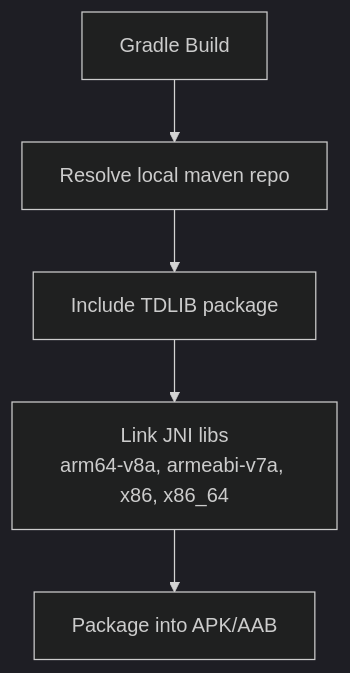
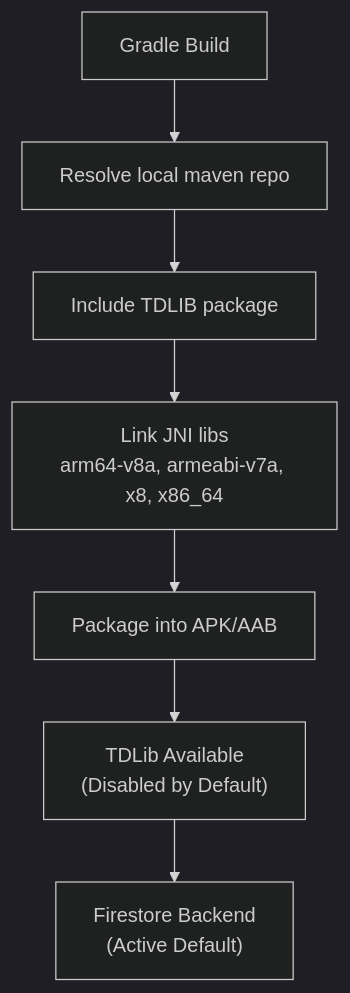
Before and after one commit to raihom-netizen/com.gestaoyahwehios.app: the fourth of 10 diagrams in .qoder/repowiki/en/content/Chat System/Telegram Integration (TDLIB).md, drawn with Mermaid (dark theme). The commit also changed other lines of this file and 161 other files, not shown here.

````diff
--- a/.qoder/repowiki/en/content/Chat System/Telegram Integration (TDLIB).md
+++ b/.qoder/repowiki/en/content/Chat System/Telegram Integration (TDLIB).md
@@ -289,7 +346,9 @@
 ```mermaid
 graph TB
 A["Gradle Build"] --> B["Resolve local maven repo"]
 B --> C["Include TDLIB package"]
-C --> D["Link JNI libs<br/>arm64-v8a, armeabi-v7a, x86, x86_64"]
+C --> D["Link JNI libs<br/>arm64-v8a, armeabi-v7a, x8, x86_64"]
 D --> E["Package into APK/AAB"]
+E --> F["TDLib Available<br/>(Disabled by Default)"]
+F --> G["Firestore Backend<br/>(Active Default)"]
 ```
````
